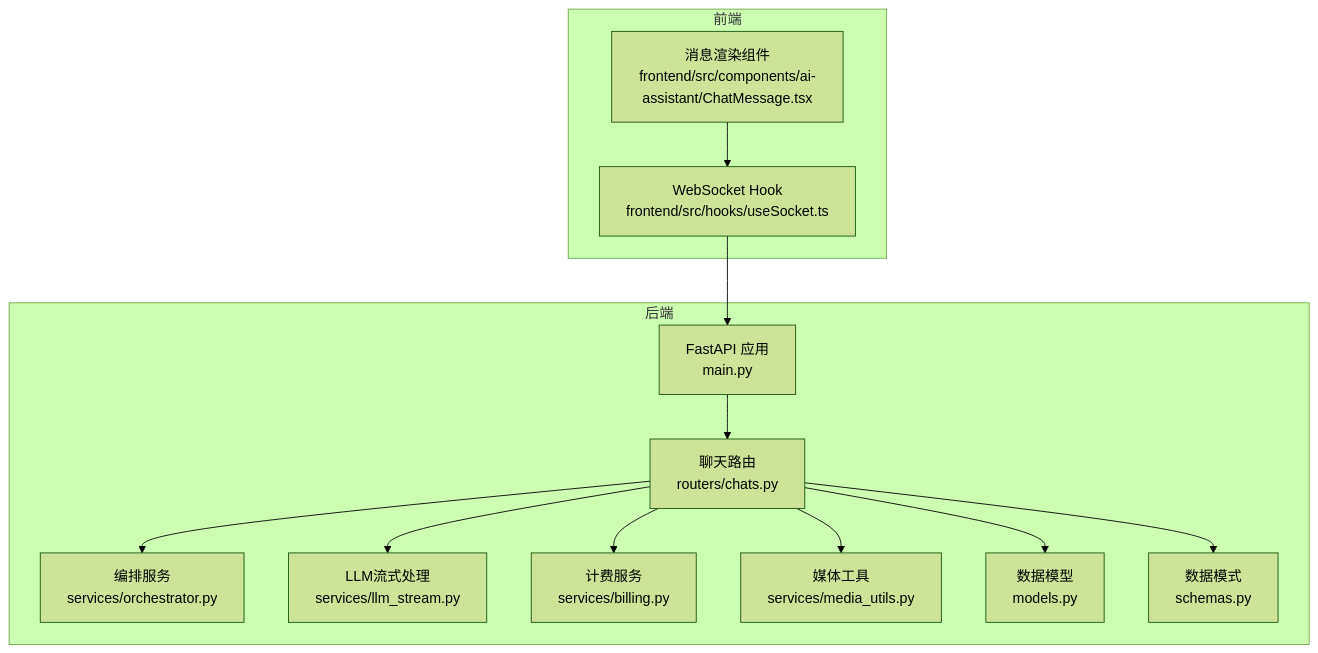
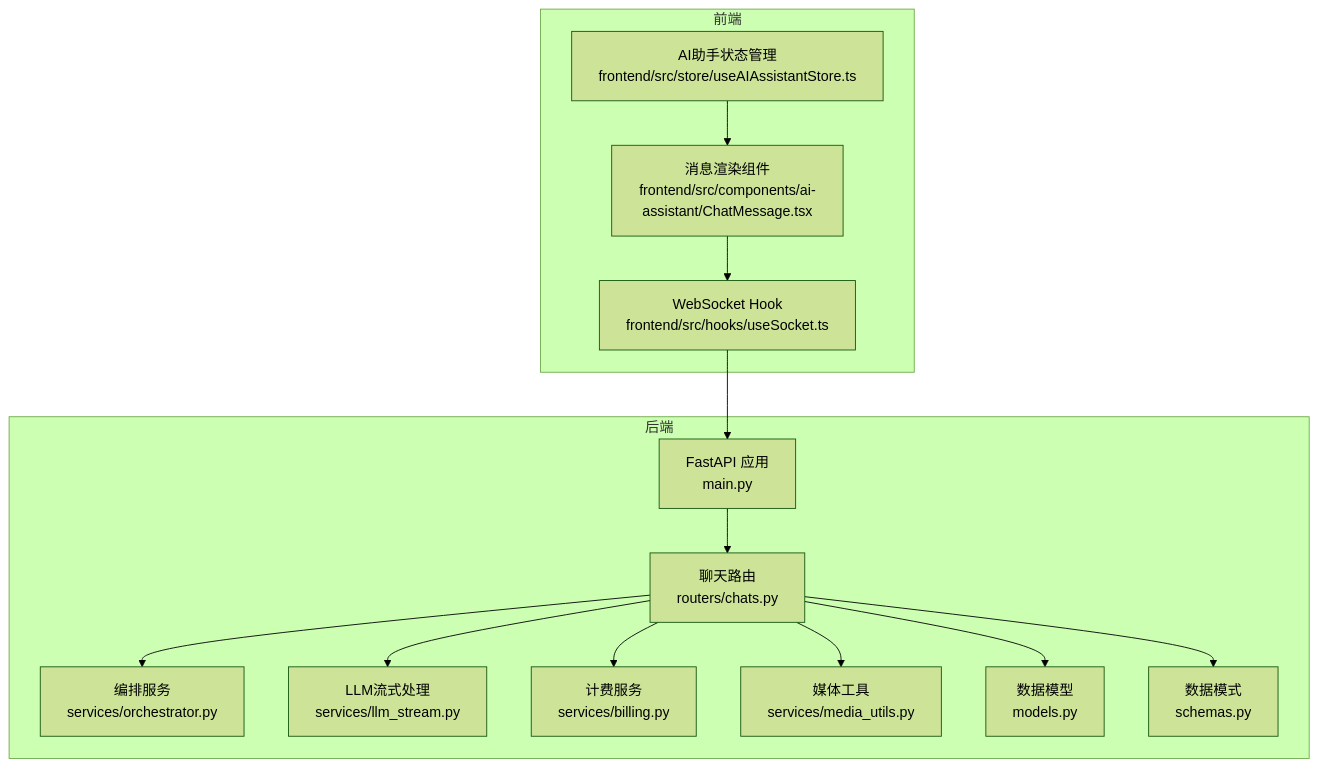
The first of 10 diagrams in .qoder/repowiki/zh/content/后端服务架构/API路由层/聊天对话路由.md (KunLabAI/KunFlix), drawn with Mermaid (forest theme) before and after one commit. The commit also changed other lines of this file and 4 other files, not shown here.

````diff
--- a/.qoder/repowiki/zh/content/后端服务架构/API路由层/聊天对话路由.md
+++ b/.qoder/repowiki/zh/content/后端服务架构/API路由层/聊天对话路由.md
@@ -38,26 +46,28 @@
 ```mermaid
 graph TB
 subgraph "后端"
 A["FastAPI 应用<br/>main.py"]
 B["聊天路由<br/>routers/chats.py"]
 C["编排服务<br/>services/orchestrator.py"]
 D["LLM流式处理<br/>services/llm_stream.py"]
 E["计费服务<br/>services/billing.py"]
 F["媒体工具<br/>services/media_utils.py"]
 G["数据模型<br/>models.py"]
 H["数据模式<br/>schemas.py"]
 end
 subgraph "前端"
 I["WebSocket Hook<br/>frontend/src/hooks/useSocket.ts"]
 J["消息渲染组件<br/>frontend/src/components/ai-assistant/ChatMessage.tsx"]
+K["AI助手状态管理<br/>frontend/src/store/useAIAssistantStore.ts"]
 end
 A --> B
 B --> C
 B --> D
 B --> E
 B --> F
 B --> G
 B --> H
 I --> A
 J --> I
+K --> J
 ```
````
